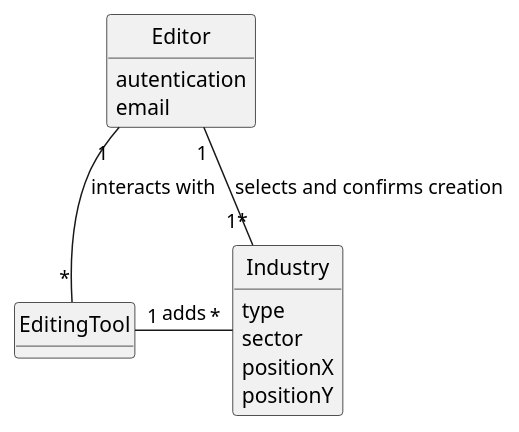
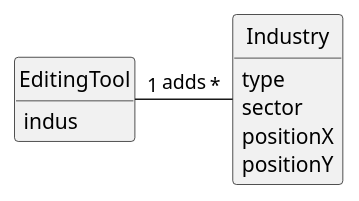
Before and after one commit to 1240826/empire-on-tracks: the diagram in docs/system-documentation/US002/02.analysis/puml/US002-DM.puml, drawn with PlantUML. The commit also changed 2 other files, not shown here.

```diff
--- a/docs/system-documentation/US002/02.analysis/puml/US002-DM.puml
+++ b/docs/system-documentation/US002/02.analysis/puml/US002-DM.puml
@@ -1,36 +1,34 @@
 @startuml
 skinparam monochrome true
 skinparam packageStyle rectangle
 skinparam shadowing false
 
 'left to right direction
 
 skinparam classAttributeIconSize 0
 
 hide circle
 hide methods
 
 'title Domain Model
 
-class Editor {
-    autentication
-    email
-}
+
 
 class EditingTool {
+    indus
 
 
 }
 
 class Industry {
     type
     sector
     positionX
     positionY
 }
 
-Editor "1" -- "*" EditingTool : interacts with
+
 EditingTool "1" - "*" Industry : adds
-Editor "1" -- "1*" Industry : selects and confirms creation
+
 
 @enduml
```
